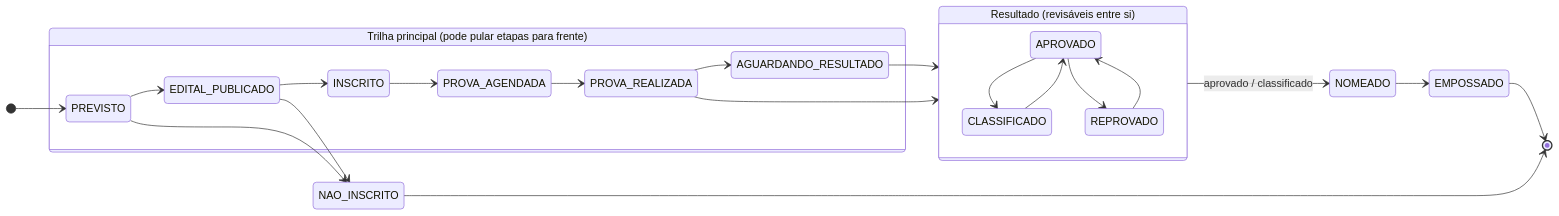
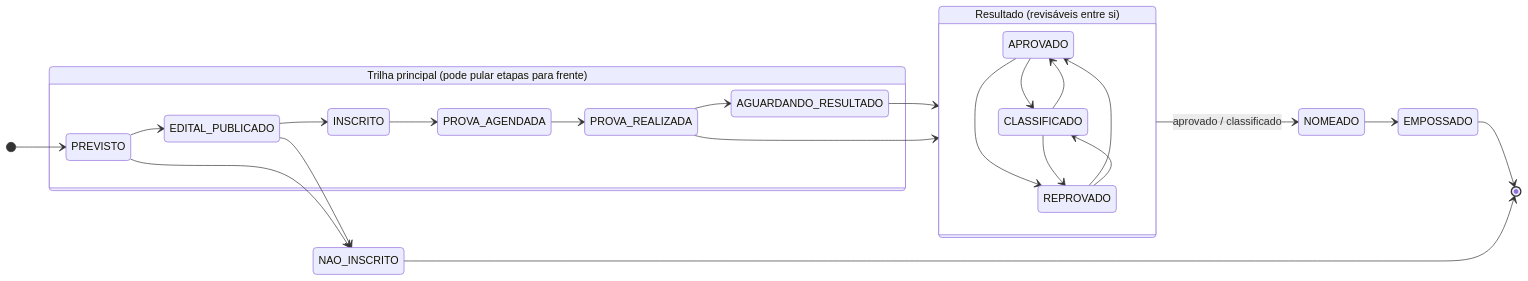
The eighth of 24 diagrams in docs/GUIA-ARQUITETURA.md (rkenjiak/concurso), drawn with Mermaid before and after one commit. The commit also changed other lines of this file and 4 other files, not shown here.

````diff
--- a/docs/GUIA-ARQUITETURA.md
+++ b/docs/GUIA-ARQUITETURA.md
@@ -289,31 +295,33 @@
 ```mermaid
 stateDiagram-v2
   direction LR
   [*] --> PREVISTO
 
   state "Trilha principal (pode pular etapas para frente)" as trilha {
     PREVISTO --> EDITAL_PUBLICADO
     EDITAL_PUBLICADO --> INSCRITO
     INSCRITO --> PROVA_AGENDADA
     PROVA_AGENDADA --> PROVA_REALIZADA
     PROVA_REALIZADA --> AGUARDANDO_RESULTADO
   }
 
   PREVISTO --> NAO_INSCRITO
   EDITAL_PUBLICADO --> NAO_INSCRITO
 
   PROVA_REALIZADA --> Resultado
   AGUARDANDO_RESULTADO --> Resultado
 
   state "Resultado (revisáveis entre si)" as Resultado {
     APROVADO --> CLASSIFICADO
     CLASSIFICADO --> APROVADO
     APROVADO --> REPROVADO
     REPROVADO --> APROVADO
+    CLASSIFICADO --> REPROVADO
+    REPROVADO --> CLASSIFICADO
   }
 
   Resultado --> NOMEADO : aprovado / classificado
   NOMEADO --> EMPOSSADO
   EMPOSSADO --> [*]
   NAO_INSCRITO --> [*]
 ```
````
